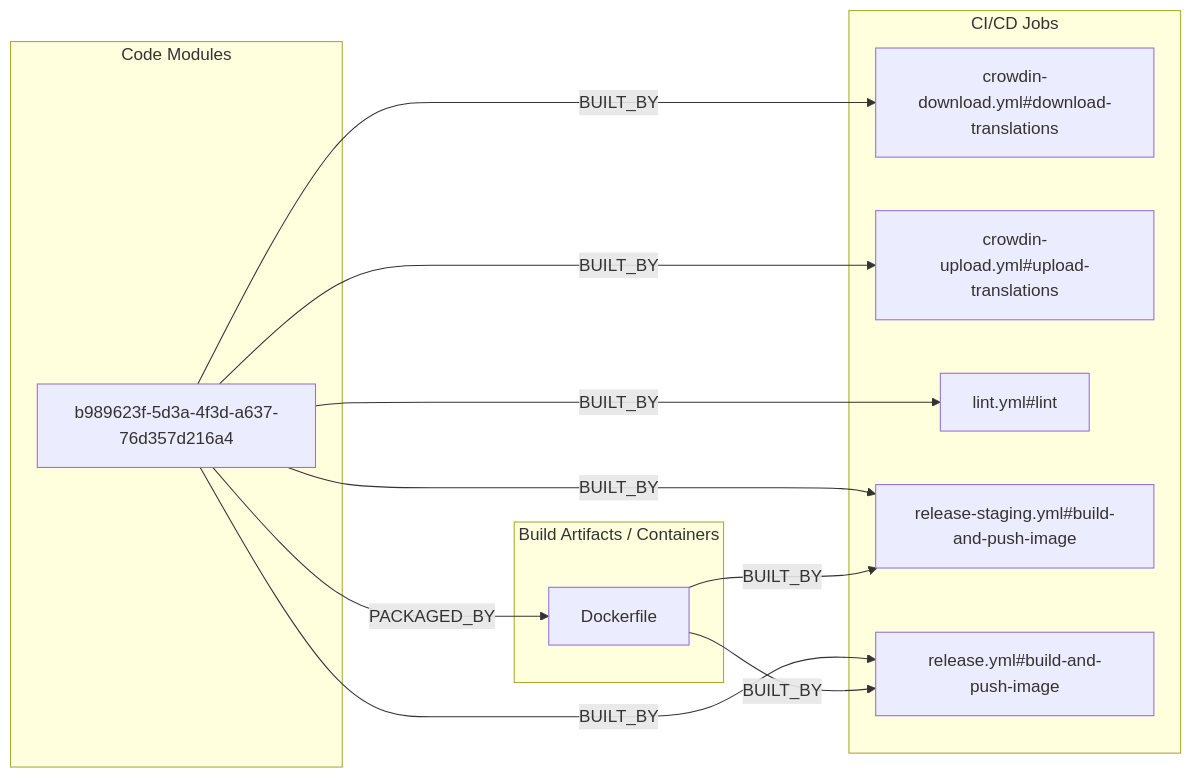
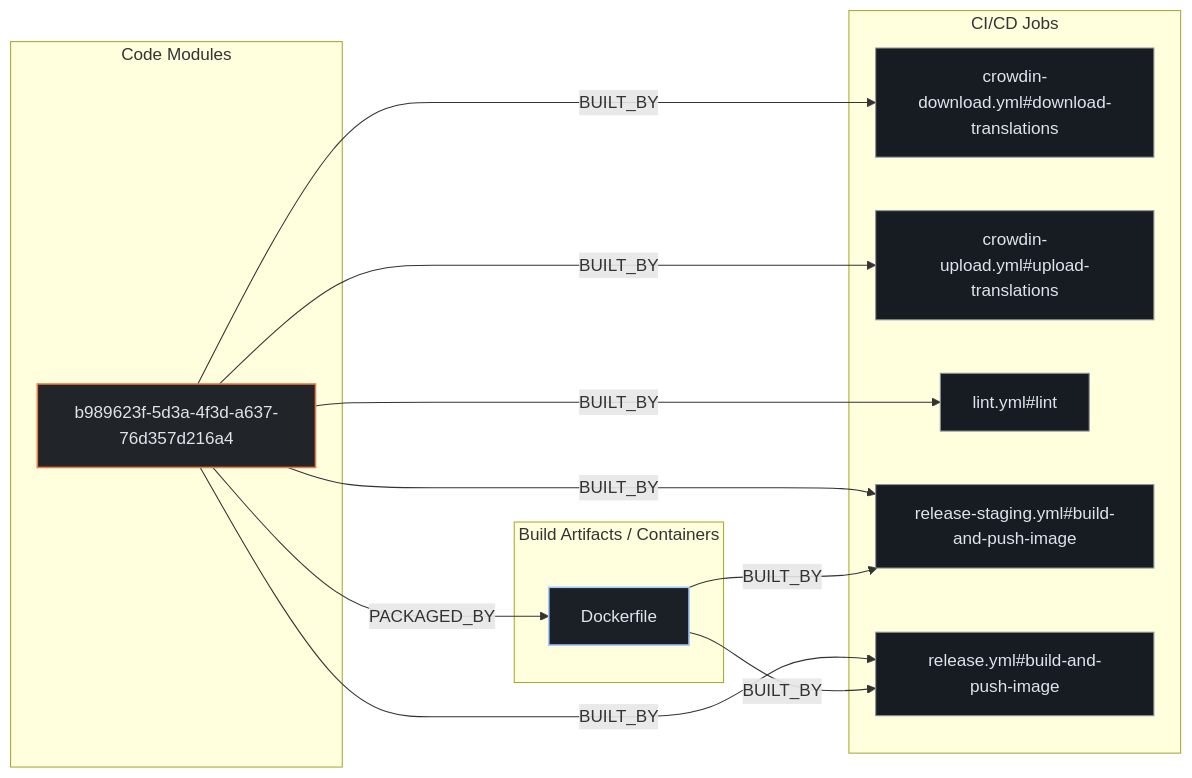
Before and after one commit to kumarshaz/atruss-code-atlas: the second of 3 diagrams in exports/latest/reports/mastodon-joinmastodon-report.md, drawn with Mermaid. The commit also changed other lines of this file and 331 other files, not shown here.

Commit message:
docs,ui,fix: update SDLC docs, reorder CI/CD DAG first, stylize Mermaid, and fix Arc42 pipeline topology

````diff
--- a/exports/latest/reports/mastodon-joinmastodon-report.md
+++ b/exports/latest/reports/mastodon-joinmastodon-report.md
@@ -154,24 +161,28 @@
 ```mermaid
 flowchart LR
+    classDef atlasCategory fill:#212428,stroke:#E87A48,stroke-width:1.5px,color:#dfe3eb
+    classDef atlasWorkflow fill:#1b2026,stroke:#a3c9ff,stroke-width:1.5px,color:#dfe3eb
+    classDef atlasJob fill:#171c22,stroke:#8d9199,stroke-width:1px,color:#dfe3eb
+    classDef atlasTarget fill:#005227,stroke:#8bd99b,stroke-width:1.5px,color:#a7f6b6
     subgraph code_modules["Code Modules"]
-        mod_b989623f_5d3a_4f3d_a637_76d357d216a4["b989623f-5d3a-4f3d-a637-76d357d216a4"]
+        mod_b989623f_5d3a_4f3d_a637_76d357d216a4["b989623f-5d3a-4f3d-a637-76d357d216a4"]:::atlasCategory
     end
     subgraph build_artifacts["Build Artifacts / Containers"]
-        art_Dockerfile["Dockerfile"]
+        art_Dockerfile["Dockerfile"]:::atlasWorkflow
     end
     subgraph ci_jobs["CI/CD Jobs"]
-        job_crowdin_download_yml_download_translations["crowdin-download.yml#download-translations"]
-        job_crowdin_upload_yml_upload_translations["crowdin-upload.yml#upload-translations"]
-        job_lint_yml_lint["lint.yml#lint"]
-        job_release_staging_yml_build_and_push_image["release-staging.yml#build-and-push-image"]
-        job_release_yml_build_and_push_image["release.yml#build-and-push-image"]
+        job_crowdin_download_yml_download_translations["crowdin-download.yml#download-translations"]:::atlasJob
+        job_crowdin_upload_yml_upload_translations["crowdin-upload.yml#upload-translations"]:::atlasJob
+        job_lint_yml_lint["lint.yml#lint"]:::atlasJob
+        job_release_staging_yml_build_and_push_image["release-staging.yml#build-and-push-image"]:::atlasJob
+        job_release_yml_build_and_push_image["release.yml#build-and-push-image"]:::atlasJob
     end
     mod_b989623f_5d3a_4f3d_a637_76d357d216a4 -->|BUILT_BY| job_crowdin_download_yml_download_translations
     mod_b989623f_5d3a_4f3d_a637_76d357d216a4 -->|BUILT_BY| job_crowdin_upload_yml_upload_translations
     mod_b989623f_5d3a_4f3d_a637_76d357d216a4 -->|BUILT_BY| job_lint_yml_lint
     mod_b989623f_5d3a_4f3d_a637_76d357d216a4 -->|BUILT_BY| job_release_staging_yml_build_and_push_image
     mod_b989623f_5d3a_4f3d_a637_76d357d216a4 -->|BUILT_BY| job_release_yml_build_and_push_image
     mod_b989623f_5d3a_4f3d_a637_76d357d216a4 -->|PACKAGED_BY| art_Dockerfile
     art_Dockerfile -->|BUILT_BY| job_release_staging_yml_build_and_push_image
     art_Dockerfile -->|BUILT_BY| job_release_yml_build_and_push_image
 ```
````
